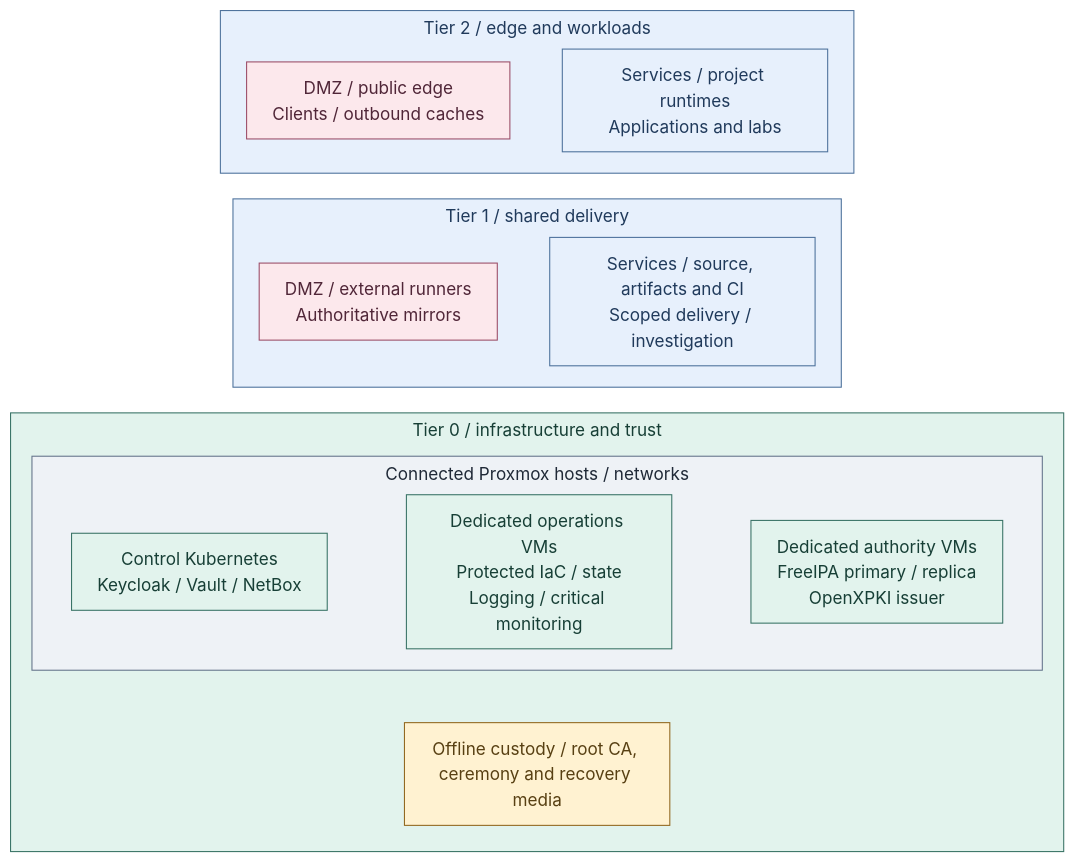
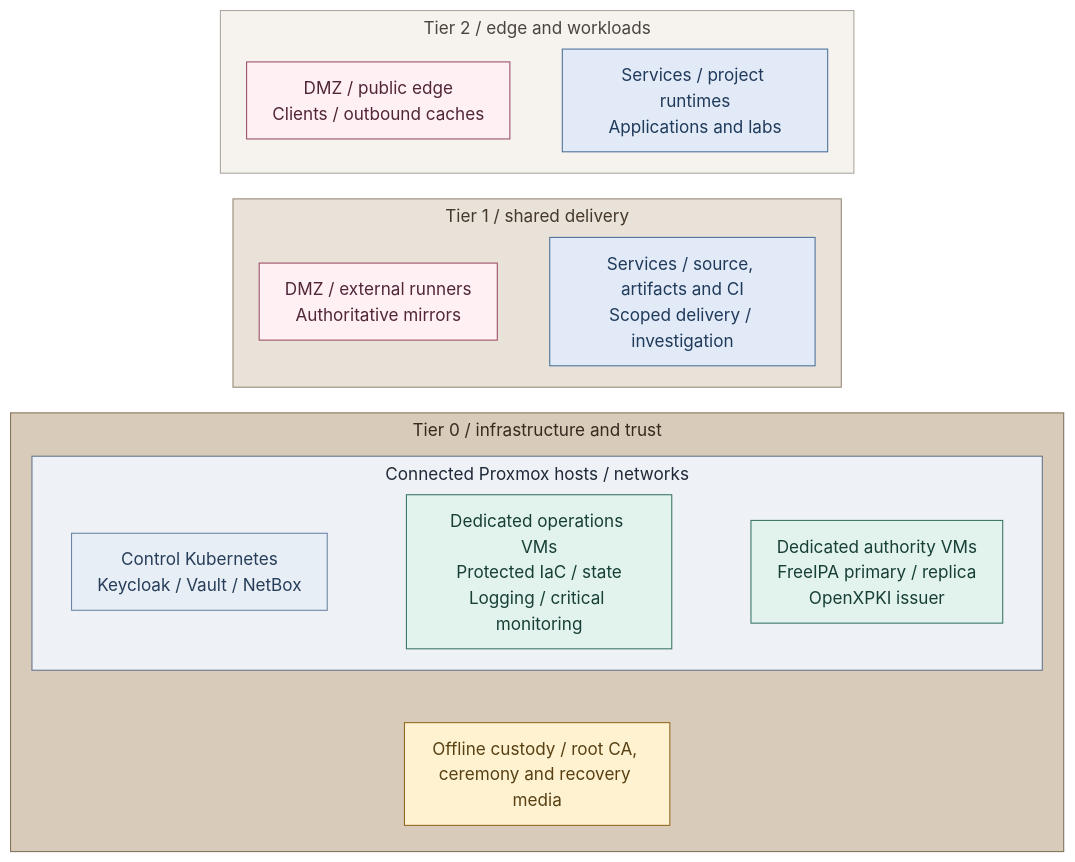
The diagram in docs/01-architecture/03-reference-platform.md (Rexus/homelab), drawn with Mermaid before and after one commit. The commit also changed 108 other files, not shown here.

Commit message:
docs(diagrams): unify visual language and opening views

````diff
--- a/docs/01-architecture/03-reference-platform.md
+++ b/docs/01-architecture/03-reference-platform.md
@@ -14,40 +14,50 @@
 ```mermaid
 %%{init: {"theme":"base","flowchart":{"nodeSpacing":20,"rankSpacing":24,"padding":12,"subGraphTitleMargin":{"top":4,"bottom":12}},"themeVariables":{"lineColor":"#627581","edgeLabelBackground":"#f8fafc"}}}%%
 flowchart TB
   subgraph T2["Tier 2 / edge and workloads"]
     direction LR
     Edge["DMZ / public edge<br/>Clients / outbound caches"]
     Workloads["Services / project runtimes<br/>Applications and labs"]
     Edge ~~~ Workloads
   end
   subgraph T1["Tier 1 / shared delivery"]
     direction LR
     Supply["DMZ / external runners<br/>Authoritative mirrors"]
     Delivery["Services / source, artifacts and CI<br/>Scoped delivery / investigation"]
     Supply ~~~ Delivery
   end
   subgraph T0["Tier 0 / infrastructure and trust"]
     direction TB
     subgraph Online["Connected Proxmox hosts / networks"]
       direction LR
       K["Control Kubernetes<br/>Keycloak / Vault / NetBox"]
       M["Dedicated operations VMs<br/>Protected IaC / state<br/>Logging / critical monitoring"]
       A["Dedicated authority VMs<br/>FreeIPA primary / replica<br/>OpenXPKI issuer"]
       K ~~~ M ~~~ A
     end
     Offline["Offline custody / root CA, ceremony and recovery media"]
     Online ~~~ Offline
   end
   T2 ~~~ T1 ~~~ T0
   classDef default fill:#f8fafc,stroke:#64748b,color:#1f2937
   classDef boundary fill:#eef2f6,stroke:#64748b,color:#1f2937
   classDef services fill:#e7f0fc,stroke:#4d719b,color:#203a5b
   classDef edge fill:#fce8ec,stroke:#9b4d67,color:#502638
   classDef control fill:#e2f3ed,stroke:#397366,color:#173f36
   classDef custody fill:#fff2d1,stroke:#926820,color:#584013
   class Online boundary
-  class T2,T1,Workloads,Delivery services
-  class Edge,Supply edge
-  class T0,M,K,A control
+  class M,A control
+  classDef kubernetes fill:#e8eef6,stroke:#6b83a3,color:#263d59
+  class K kubernetes
   class Offline custody
+  classDef tier0 fill:#d8cbb9,stroke:#83715a,color:#352a1e
+  class T0 tier0
+  classDef tier1 fill:#e9e2d8,stroke:#968976,color:#44382a
+  class T1 tier1
+  classDef tier2 fill:#f6f3ef,stroke:#aca59b,color:#4b443c
+  class T2 tier2
+  classDef zoneEdge fill:#fff0f3,stroke:#9b4d67,color:#502638
+  class Edge,Supply zoneEdge
+  classDef zoneServices fill:#e1eaf6,stroke:#4d719b,color:#203a5b
+  class Workloads,Delivery zoneServices
 ```
````
